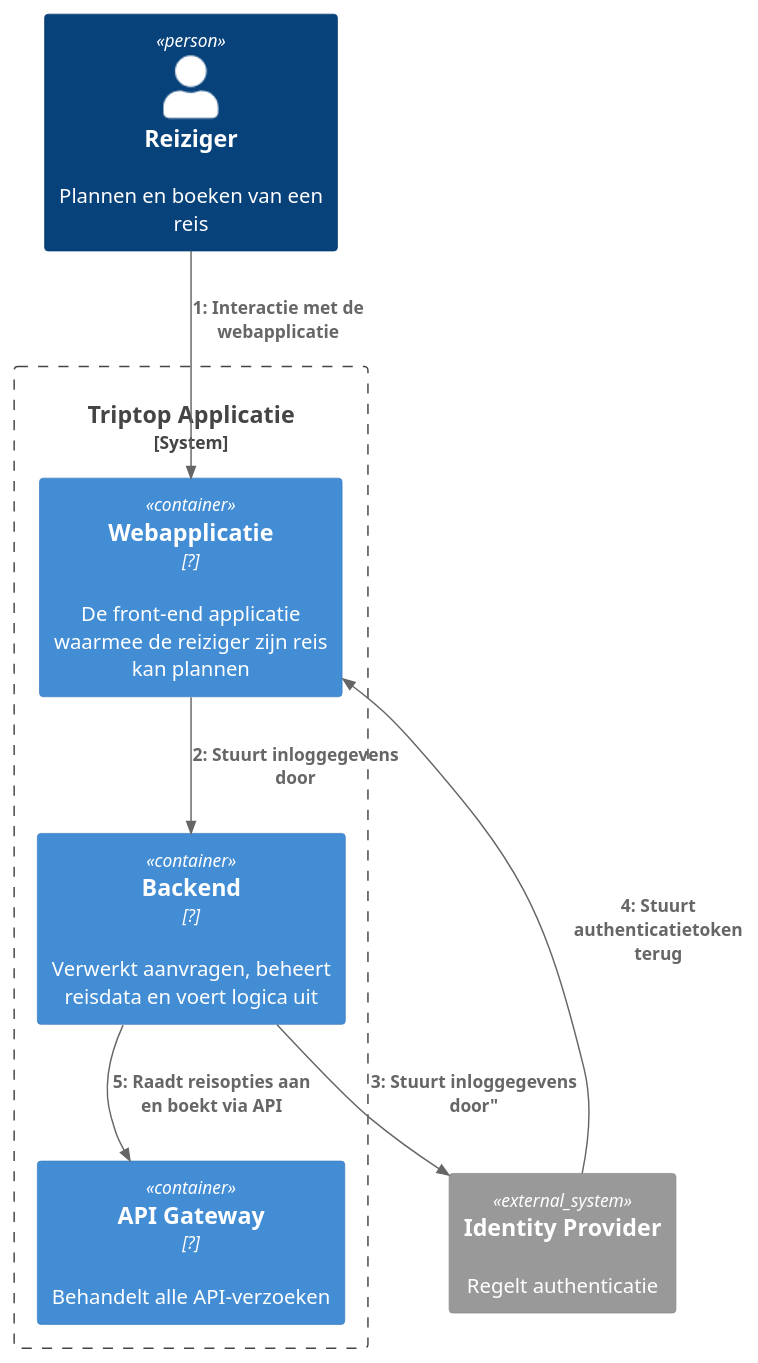
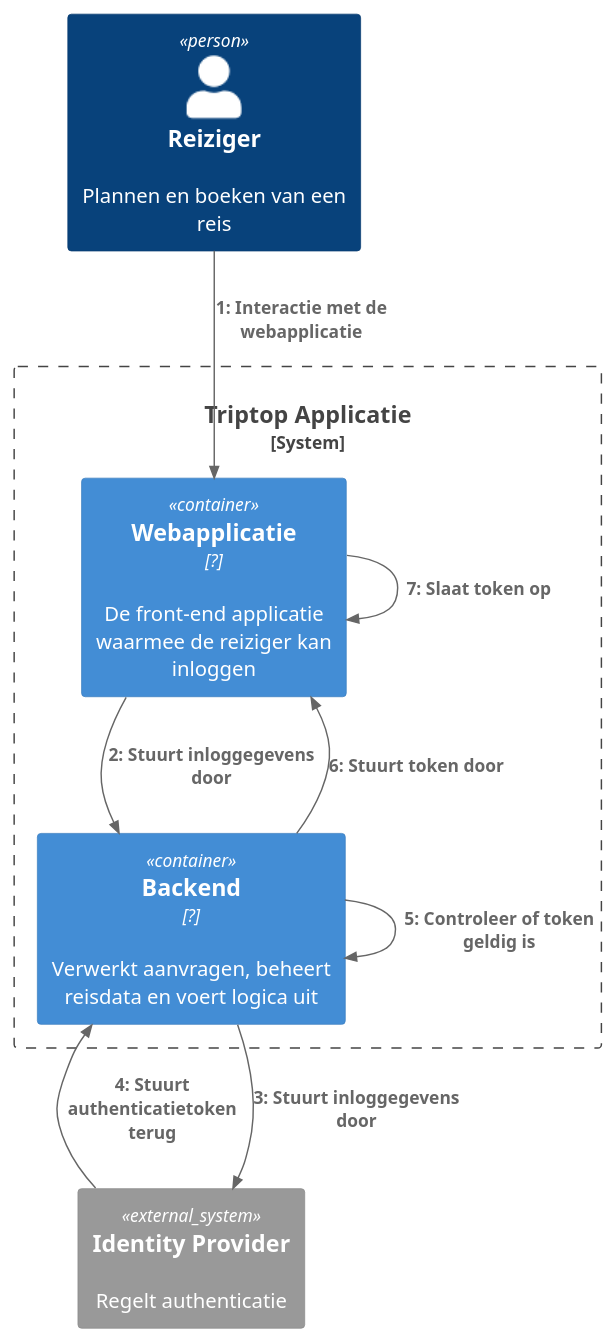
The diagram in opdracht-diagrammen/C4 Container/Dynamic/C4 Container dynamic diagram Inloggen - Cas.puml (AIM-ENE-feb25/triptop-groep-3), drawn with PlantUML before and after one commit. The commit also changed 4 other files, not shown here.

Commit message:
Updated: Dynamic diagram inloggen

```diff
--- a/opdracht-diagrammen/C4 Container/Dynamic/C4 Container dynamic diagram Inloggen - Cas.puml
+++ b/opdracht-diagrammen/C4 Container/Dynamic/C4 Container dynamic diagram Inloggen - Cas.puml
@@ -1,23 +1,24 @@
 @startuml
 !include https://raw.githubusercontent.com/plantuml-stdlib/C4-PlantUML/master/C4_Dynamic.puml
 
 LAYOUT_TOP_DOWN()
 
 Person(Traveler, "Reiziger", "Plannen en boeken van een reis")
 
 System_Boundary(s1, "Triptop Applicatie") {
-    Container(Frontend, "Webapplicatie", "?", "De front-end applicatie waarmee de reiziger zijn reis kan plannen")
+    Container(Frontend, "Webapplicatie", "?", "De front-end applicatie waarmee de reiziger kan inloggen")
     Container(Backend, "Backend", "?", "Verwerkt aanvragen, beheert reisdata en voert logica uit")
-    Container(ApiGateway, "API Gateway", "?", "Behandelt alle API-verzoeken")
 }
 
 System_Ext(IdentityProvider, "Identity Provider", "Regelt authenticatie")
 
 Rel(Traveler, Frontend, "Interactie met de webapplicatie")
 Rel(Frontend, Backend, "Stuurt inloggegevens door")
-Rel(Backend, IdentityProvider, Stuurt inloggegevens door")
-Rel(IdentityProvider, Frontend, "Stuurt authenticatietoken terug")
+Rel(Backend, IdentityProvider, Stuurt inloggegevens door)
+Rel(IdentityProvider, Backend, "Stuurt authenticatietoken terug")
+Rel(Backend, Backend, Controleer of token geldig is)
+Rel(Backend, Frontend, Stuurt token door)
+Rel(Frontend, Frontend, Slaat token op)
 
-Rel(Backend, ApiGateway, "Raadt reisopties aan en boekt via API")
 
 @enduml
```
